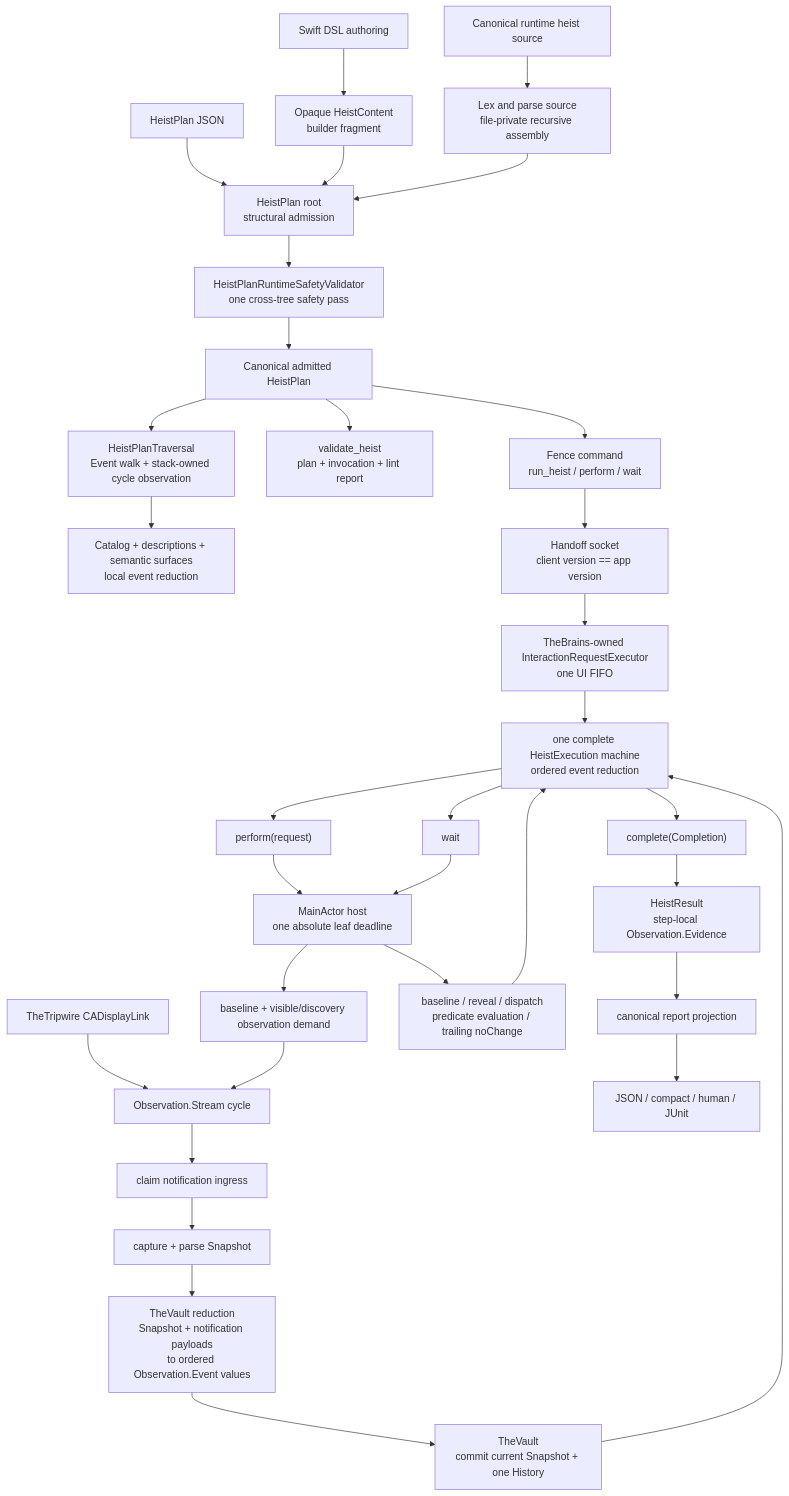
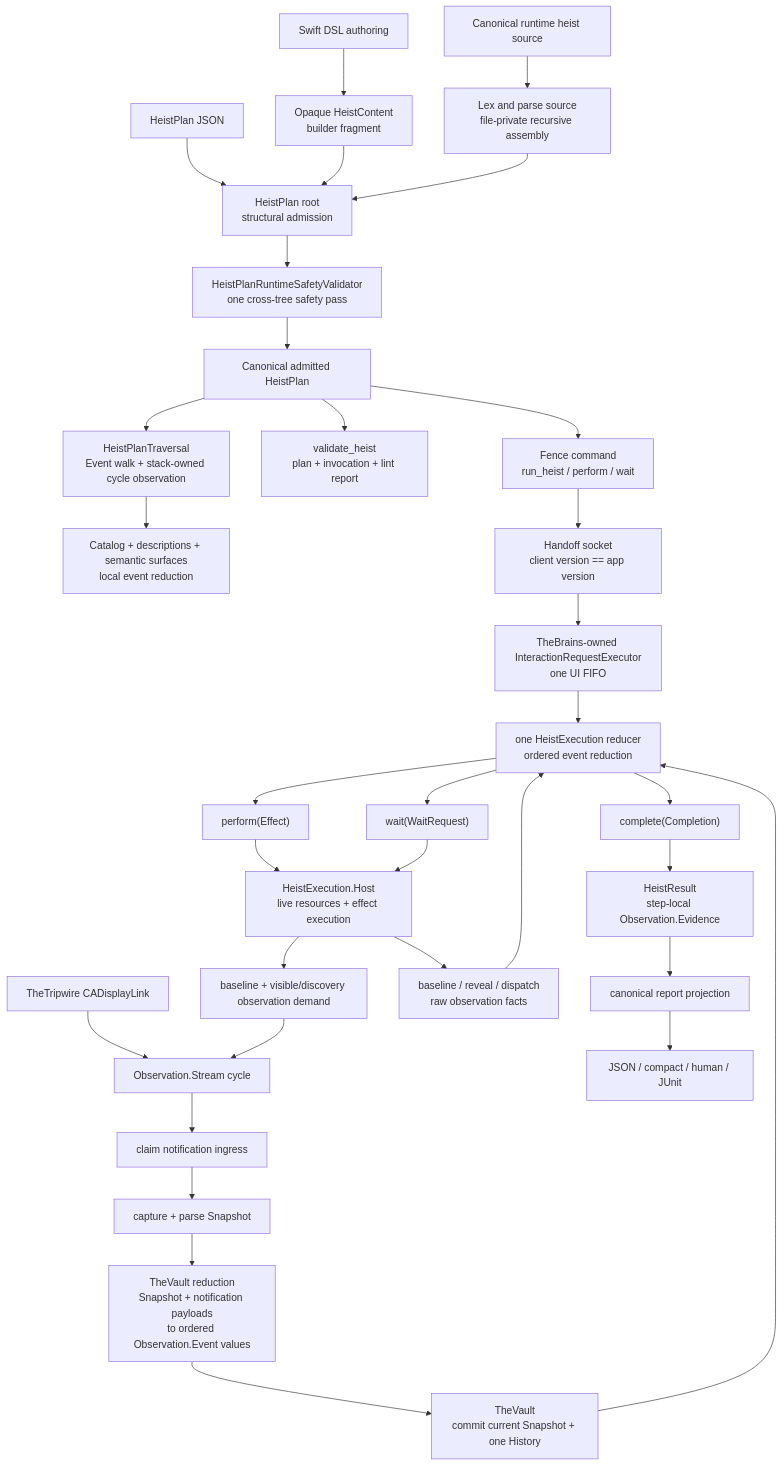
The second of 2 diagrams in docs/ARCHITECTURE.md (RoyalPineapple/TheButtonHeist), drawn with Mermaid before and after one commit. The commit also changed other lines of this file and 50 other files, not shown here.

First line of the commit message:
Make HeistExecution a pure reducer (#1423)

````diff
--- a/docs/ARCHITECTURE.md
+++ b/docs/ARCHITECTURE.md
@@ -742,36 +752,36 @@
 ```mermaid
 flowchart TD
     SwiftAuthor["Swift DSL authoring"] --> Fragment["Opaque HeistContent<br/>builder fragment"]
     SourceAuthor["Canonical runtime heist source"] --> Parse["Lex and parse source<br/>file-private recursive assembly"]
     JSONAuthor["HeistPlan JSON"] --> RootAdmission
     Fragment --> RootAdmission["HeistPlan root<br/>structural admission"]
     Parse --> RootAdmission
     RootAdmission --> Validate["HeistPlanRuntimeSafetyValidator<br/>one cross-tree safety pass"]
     Validate --> Plan["Canonical admitted HeistPlan"]
     Plan --> Walk["HeistPlanTraversal<br/>Event walk + stack-owned cycle observation"]
     Walk --> Discovery["Catalog + descriptions + semantic surfaces<br/>local event reduction"]
     Plan --> OfflineReport["validate_heist<br/>plan + invocation + lint report"]
     Plan --> FenceCommand["Fence command<br/>run_heist / perform / wait"]
     FenceCommand --> HandoffSocket["Handoff socket<br/>client version == app version"]
     HandoffSocket --> Executor["TheBrains-owned InteractionRequestExecutor<br/>one UI FIFO"]
 
-    Executor --> Machine["one complete HeistExecution machine<br/>ordered event reduction"]
-    Host["MainActor host<br/>one absolute leaf deadline"] --> Demand["baseline + visible/discovery observation demand"]
+    Executor --> Execution["one HeistExecution reducer<br/>ordered event reduction"]
+    Host["HeistExecution.Host<br/>live resources + effect execution"] --> Demand["baseline + visible/discovery observation demand"]
     Link["TheTripwire CADisplayLink"] --> Cycle["Observation.Stream cycle"]
     Demand --> Cycle
     Cycle --> Claim["claim notification ingress"]
     Claim --> Capture["capture + parse Snapshot"]
     Capture --> Reduce["TheVault reduction<br/>Snapshot + notification payloads<br/>to ordered Observation.Event values"]
     Reduce --> Vault["TheVault<br/>commit current Snapshot + one History"]
-    Vault --> Machine
-    Machine --> Perform["perform(request)"]
-    Machine --> Wait["wait"]
-    Machine --> Complete["complete(Completion)"]
+    Vault --> Execution
+    Execution --> Perform["perform(Effect)"]
+    Execution --> Wait["wait(WaitRequest)"]
+    Execution --> Complete["complete(Completion)"]
     Perform --> Host
     Wait --> Host
-    Host --> LeafWork["baseline / reveal / dispatch<br/>predicate evaluation / trailing noChange"]
-    LeafWork --> Machine
+    Host --> LeafWork["baseline / reveal / dispatch<br/>raw observation facts"]
+    LeafWork --> Execution
     Complete --> Result["HeistResult<br/>step-local Observation.Evidence"]
     Result --> Project["canonical report projection"]
     Project --> Response["JSON / compact / human / JUnit"]
 ```
````
